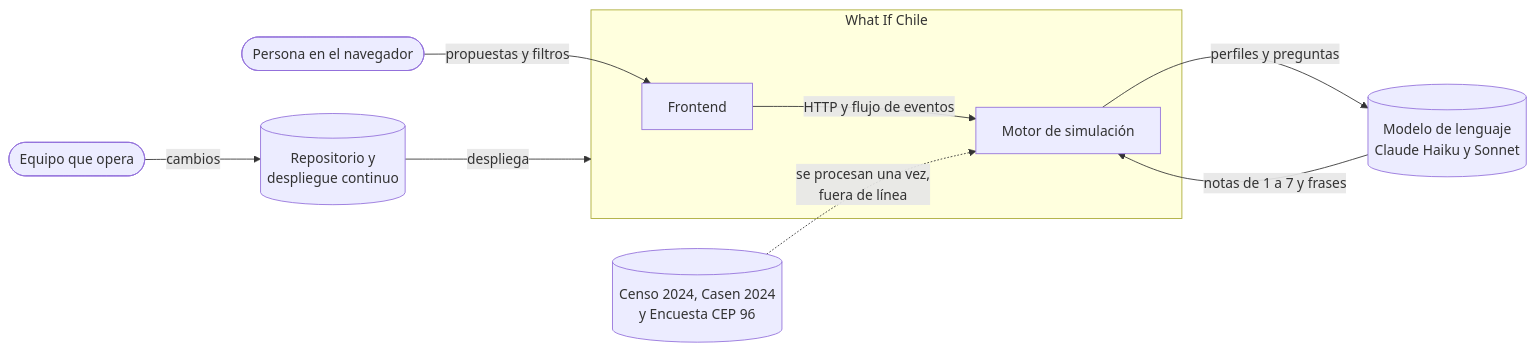
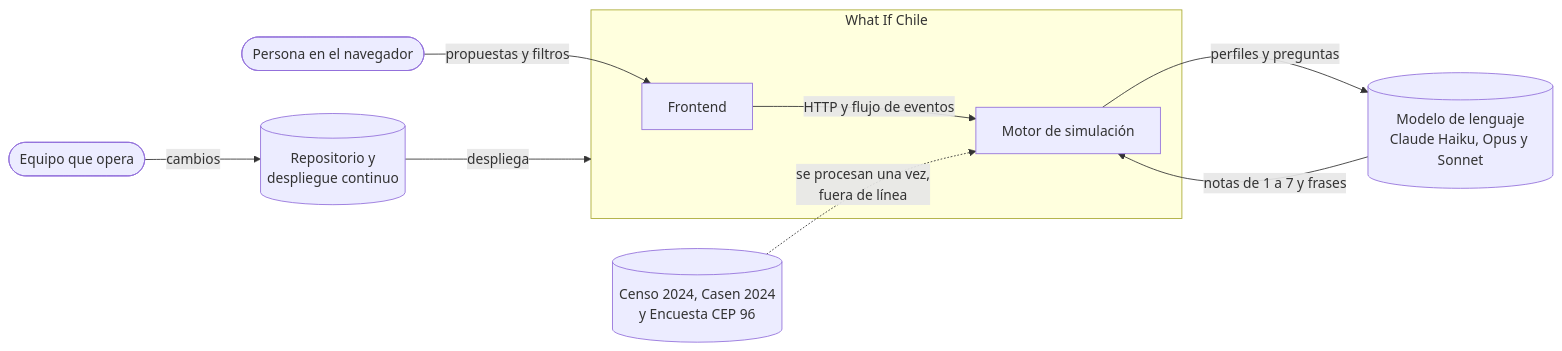
One commit to platanus-hack/platanus-hack-26-cl-team-28 changed the first of 3 diagrams in docs/backend/02-arquitectura.md. Above: the diagram before and after it, drawn with Mermaid. The commit also changed 29 other files, not shown here.

````diff
--- a/docs/backend/02-arquitectura.md
+++ b/docs/backend/02-arquitectura.md
@@ -43,20 +43,20 @@
 ```mermaid
 flowchart LR
     persona([Persona en el navegador])
     equipo([Equipo que opera])
     subgraph sistema ["What If Chile"]
         front[Frontend]
         motor[Motor de simulación]
     end
-    modelo[("Modelo de lenguaje<br/>Claude Haiku y Sonnet")]
+    modelo[("Modelo de lenguaje<br/>Claude Haiku, Opus y Sonnet")]
     fuentes[("Censo 2024, Casen 2024<br/>y Encuesta CEP 96")]
     repo[("Repositorio y<br/>despliegue continuo")]
 
     persona -->|propuestas y filtros| front
     front -->|HTTP y flujo de eventos| motor
     motor -->|perfiles y preguntas| modelo
     modelo -->|"notas de 1 a 7 y frases"| motor
     fuentes -.->|"se procesan una vez,<br/>fuera de línea"| motor
     equipo -->|cambios| repo
     repo -->|despliega| sistema
 ```
````
